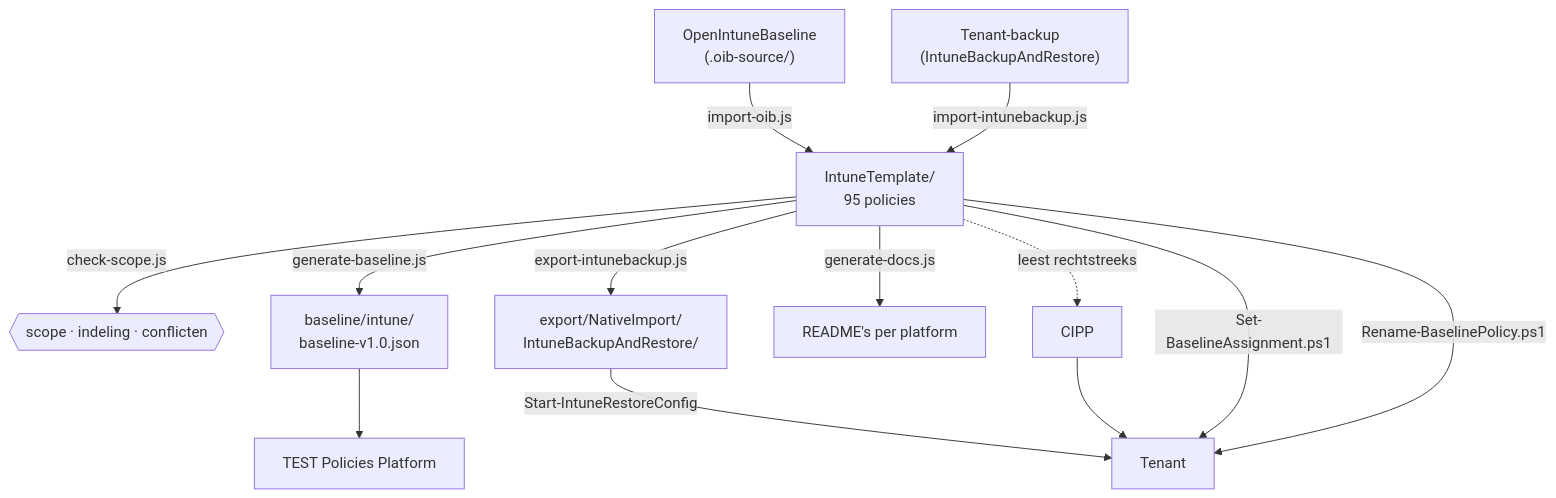
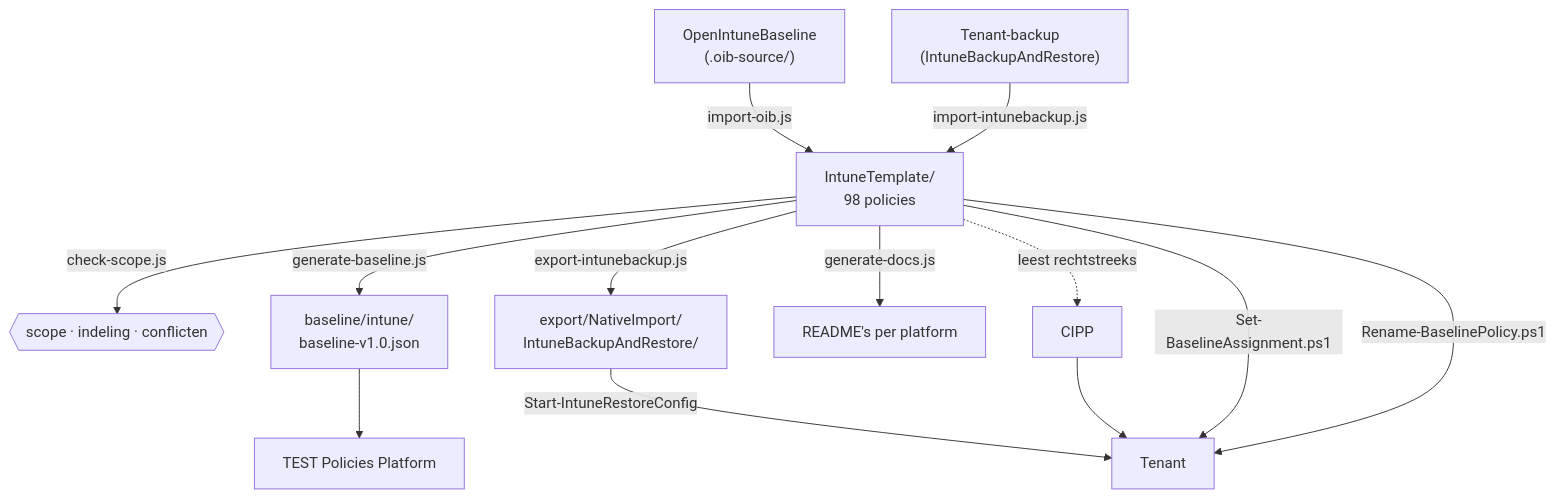
One commit to sjkanon/IntuneBackup changed the diagram in scripts/README.md. Above: the diagram before and after it, drawn with Mermaid. The commit also changed 24 other files, not shown here.

````diff
--- a/scripts/README.md
+++ b/scripts/README.md
@@ -7,16 +7,16 @@
 ```mermaid
 flowchart TD
   OIB["OpenIntuneBaseline<br/>(.oib-source/)"] -->|import-oib.js| T
   TEN["Tenant-backup<br/>(IntuneBackupAndRestore)"] -->|import-intunebackup.js| T
-  T["IntuneTemplate/<br/>95 policies"]
+  T["IntuneTemplate/<br/>98 policies"]
   T -->|check-scope.js| CHK{{"scope · indeling · conflicten"}}
   T -->|generate-baseline.js| BL["baseline/intune/<br/>baseline-v1.0.json"]
   T -->|export-intunebackup.js| EX["export/NativeImport/<br/>IntuneBackupAndRestore/"]
   T -->|generate-docs.js| DOC["README's per platform"]
   T -.->|leest rechtstreeks| CIPP["CIPP"]
   BL --> PLAT["TEST Policies Platform"]
   EX -->|Start-IntuneRestoreConfig| TENANT["Tenant"]
   CIPP --> TENANT
   T -->|Set-BaselineAssignment.ps1| TENANT
   T -->|Rename-BaselinePolicy.ps1| TENANT
 ```
````
